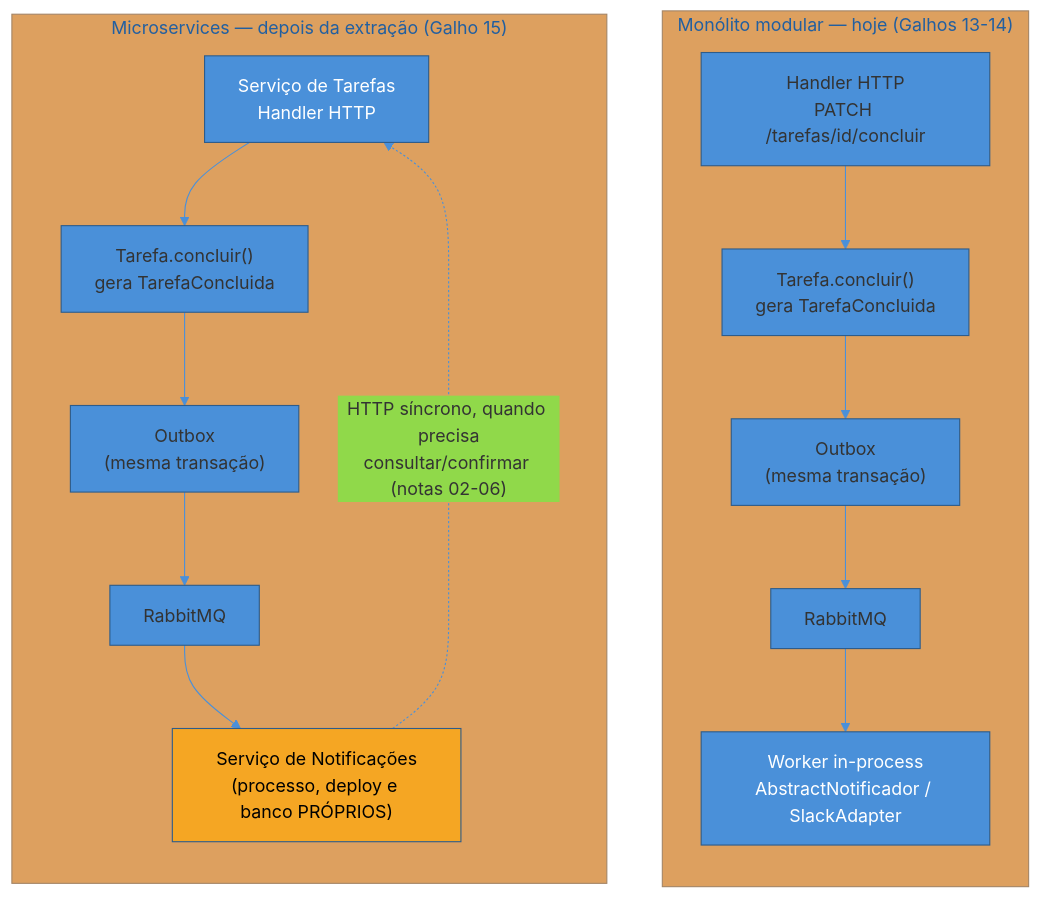
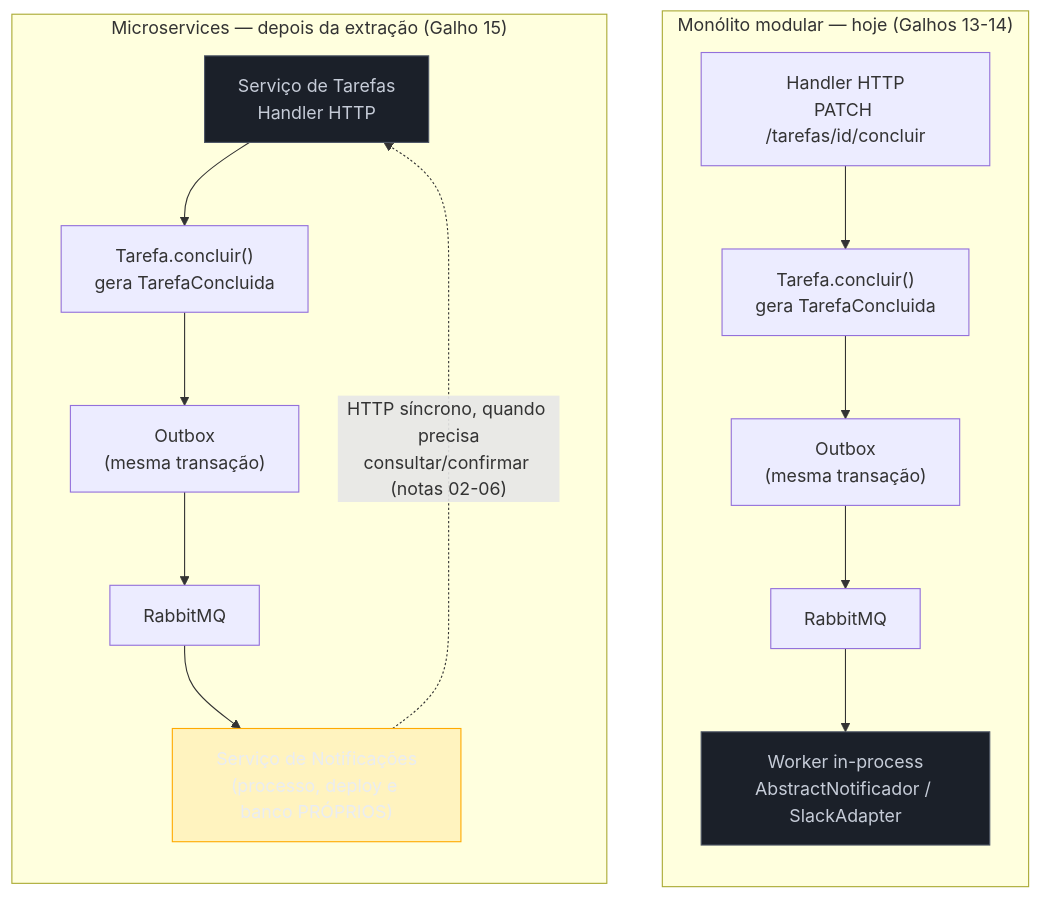
Before and after one commit to josenaldo/codex-technomanticus: the diagram in 03-Dominios/Tecnologia/Python/Microservices e sistemas distribuídos/01 - Panorama — de monolito modular a microservices em Python.md, drawn with Mermaid. The commit also changed 1181 other files, not shown here.

First line of the commit message:
fix(diagramas): paleta do sistema no lugar de cor cravada no markdown

````diff
--- a/03-Dominios/Tecnologia/Python/Microservices e sistemas distribuídos/01 - Panorama — de monolito modular a microservices em Python.md
+++ b/03-Dominios/Tecnologia/Python/Microservices e sistemas distribuídos/01 - Panorama — de monolito modular a microservices em Python.md
@@ -45,24 +45,25 @@
 ```mermaid
-%%{init: {"theme": "base", "themeVariables": {"primaryColor": "#4A90D9", "primaryBorderColor": "#2E5C8A", "lineColor": "#4A90D9"}}}%%
 flowchart TD
+    classDef neutro fill:#1B2029,stroke:#4E5666,color:#C6CCD8
+    classDef destaque fill:#FFAA0024,stroke:#FFAA00,color:#E9ECF2
     subgraph M["Monólito modular — hoje (Galhos 13-14)"]
         direction TB
         A1["Handler HTTP\nPATCH /tarefas/id/concluir"] --> A2["Tarefa.concluir()\ngera TarefaConcluida"]
         A2 --> A3["Outbox\n(mesma transação)"]
         A3 --> A4["RabbitMQ"]
         A4 --> A5["Worker in-process\nAbstractNotificador / SlackAdapter"]
     end
 
     subgraph S["Microservices — depois da extração (Galho 15)"]
         direction TB
         B1["Serviço de Tarefas\nHandler HTTP"] --> B2["Tarefa.concluir()\ngera TarefaConcluida"]
         B2 --> B3["Outbox\n(mesma transação)"]
         B3 --> B4["RabbitMQ"]
         B4 --> B5["Serviço de Notificações\n(processo, deploy e banco PRÓPRIOS)"]
         B5 -. "HTTP síncrono, quando precisa\nconsultar/confirmar (notas 02-06)" .-> B1
     end
 
-    style A5 fill:#4A90D9,color:#fff
-    style B5 fill:#F5A623,color:#000
-    style B1 fill:#4A90D9,color:#fff
+    class A5 neutro
+    class B5 destaque
+    class B1 neutro
 ```
````
